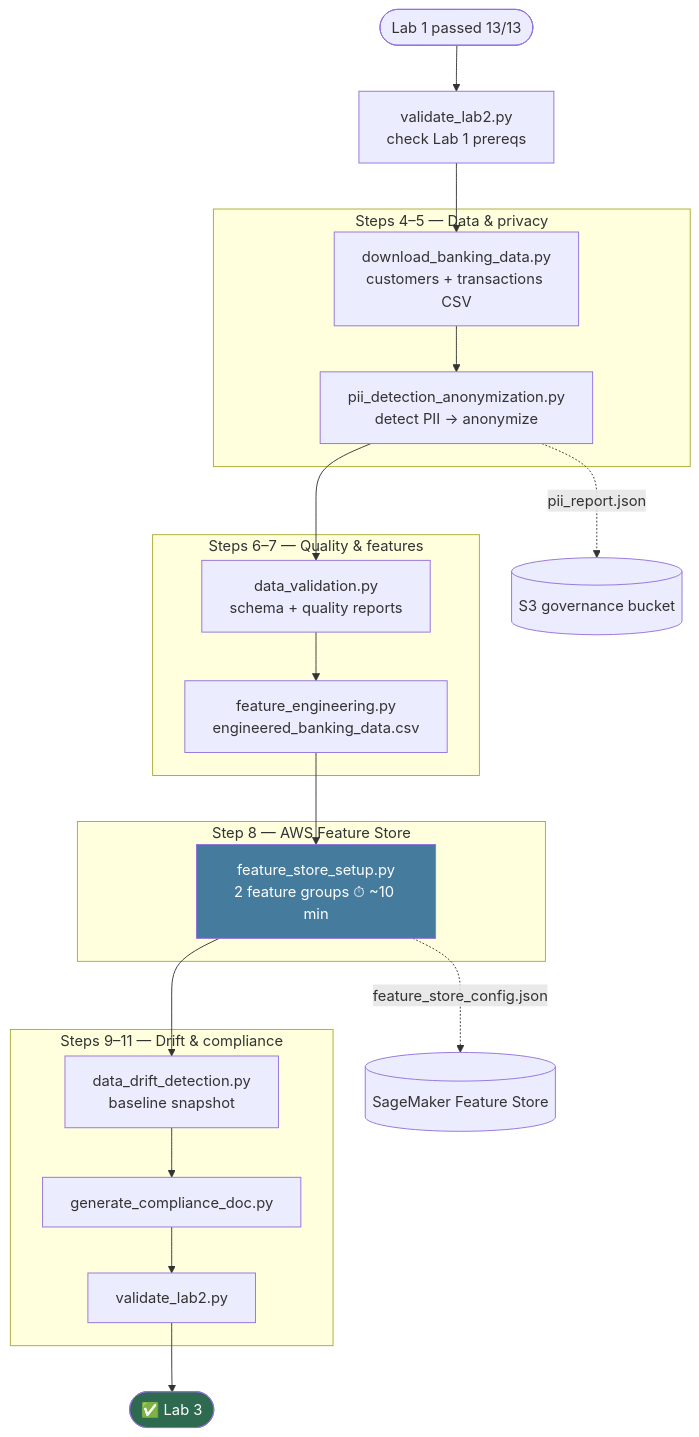
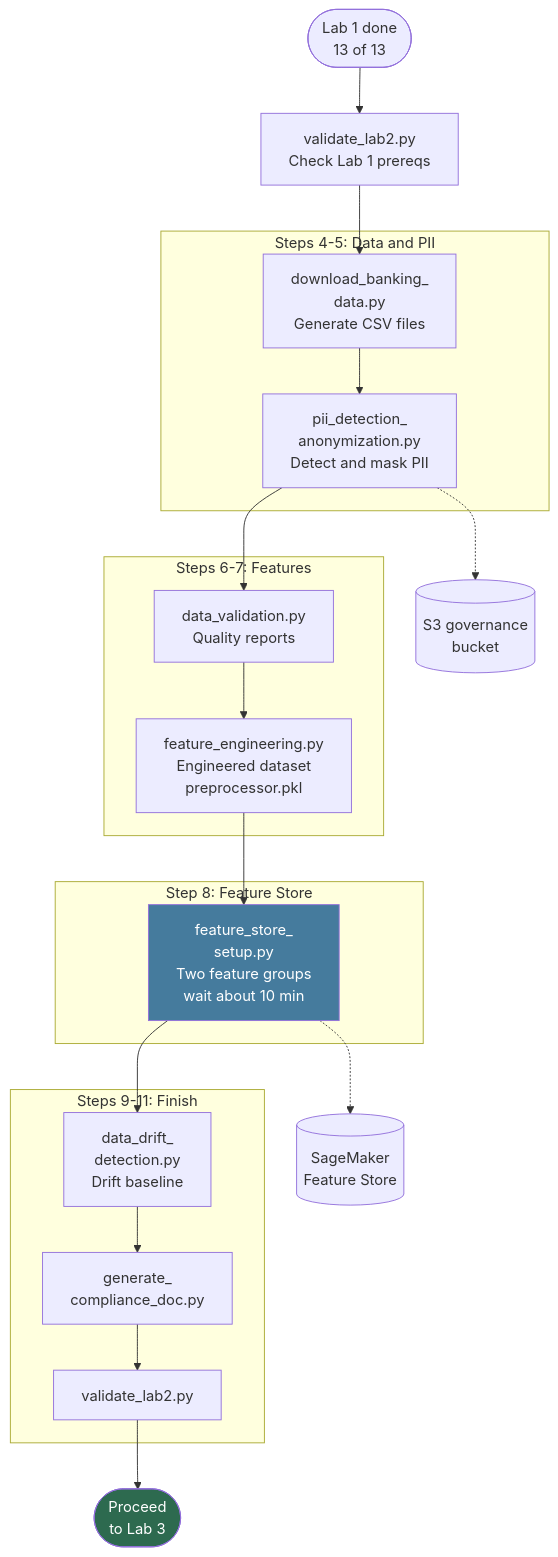
The diagram in lab2/README.md (Innovation-In-Software/ai-infra-mlops), drawn with Mermaid before and after one commit. The commit also changed 10 other files, not shown here.

Commit message:
Fix lab flowcharts: multiline quoted labels to prevent text truncation.

````diff
--- a/lab2/README.md
+++ b/lab2/README.md
@@ -42,38 +42,38 @@
 ```mermaid
 flowchart TB
-    START([Lab 1 passed 13/13]) --> PRE[validate_lab2.py<br/>check Lab 1 prereqs]
+    START(["Lab 1 done<br/>13 of 13"]) --> PRE["validate_lab2.py<br/>Check Lab 1 prereqs"]
 
-    subgraph Ingest["Steps 4–5 — Data & privacy"]
-        D1[download_banking_data.py<br/>customers + transactions CSV]
-        D2[pii_detection_anonymization.py<br/>detect PII → anonymize]
+    subgraph Ingest["Steps 4-5: Data and PII"]
+        D1["download_banking_<br/>data.py<br/>Generate CSV files"]
+        D2["pii_detection_<br/>anonymization.py<br/>Detect and mask PII"]
         D1 --> D2
     end
 
-    subgraph Quality["Steps 6–7 — Quality & features"]
-        Q1[data_validation.py<br/>schema + quality reports]
-        Q2[feature_engineering.py<br/>engineered_banking_data.csv]
+    subgraph Quality["Steps 6-7: Features"]
+        Q1["data_validation.py<br/>Quality reports"]
+        Q2["feature_engineering.py<br/>Engineered dataset<br/>preprocessor.pkl"]
         Q1 --> Q2
     end
 
-    subgraph FeatureStore["Step 8 — AWS Feature Store"]
-        FS[feature_store_setup.py<br/>2 feature groups ⏱ ~10 min]
+    subgraph FeatureStore["Step 8: Feature Store"]
+        FS["feature_store_<br/>setup.py<br/>Two feature groups<br/>wait about 10 min"]
     end
 
-    subgraph Monitor["Steps 9–11 — Drift & compliance"]
-        DR[data_drift_detection.py<br/>baseline snapshot]
-        DOC[generate_compliance_doc.py]
-        FIN[validate_lab2.py]
+    subgraph Monitor["Steps 9-11: Finish"]
+        DR["data_drift_<br/>detection.py<br/>Drift baseline"]
+        DOC["generate_<br/>compliance_doc.py"]
+        FIN["validate_lab2.py"]
         DR --> DOC --> FIN
     end
 
     PRE --> D1
     D2 --> Q1
     Q2 --> FS --> DR
-    FIN --> OK([✅ Lab 3])
+    FIN --> OK(["Proceed<br/>to Lab 3"])
 
-    D2 -.->|pii_report.json| S3Gov[(S3 governance bucket)]
-    FS -.->|feature_store_config.json| AWS[(SageMaker Feature Store)]
+    D2 -.-> S3Gov[("S3 governance<br/>bucket")]
+    FS -.-> AWS[("SageMaker<br/>Feature Store")]
 
     style OK fill:#2d6a4f,color:#fff
     style FS fill:#457b9d,color:#fff
 ```
````
